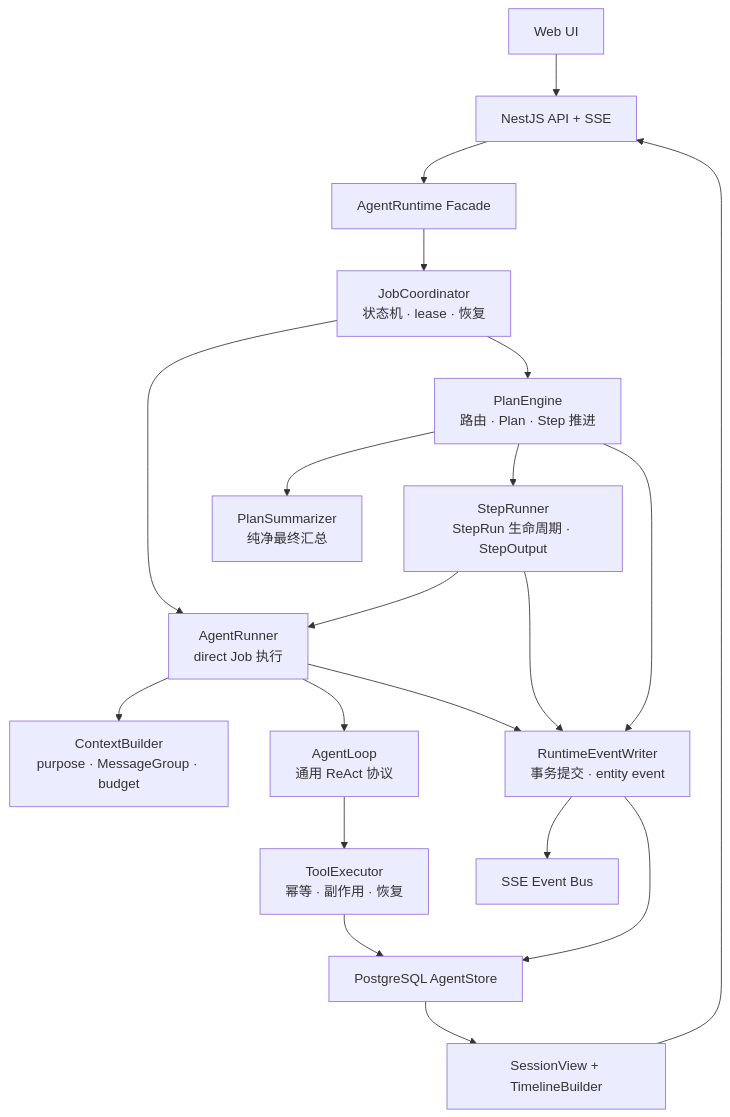
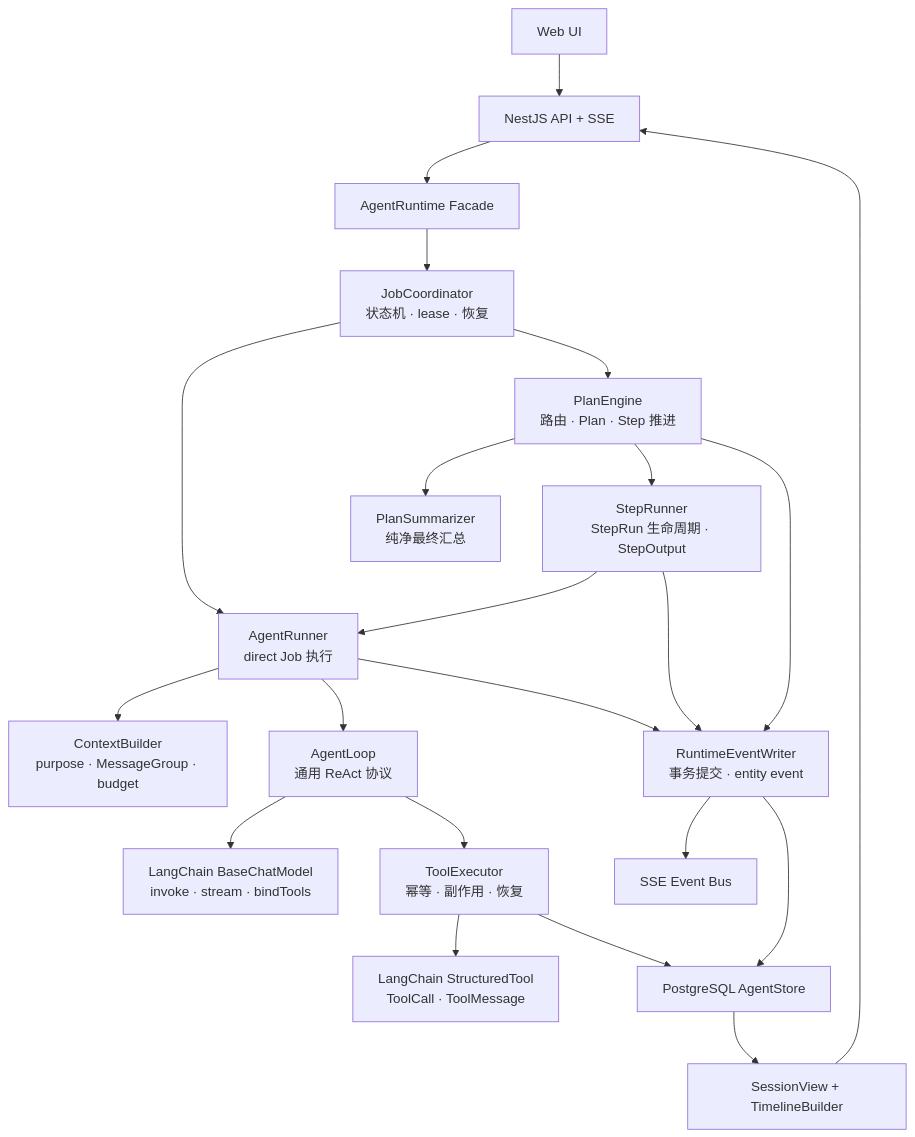
One commit to lucyonegit/agent-runtime-v2 changed the first of 13 diagrams in docs/refactor/06-完整Job-StepRun架构设计.md. Above: the diagram before and after it, drawn with Mermaid. The commit also changed other lines of this file and 33 other files, not shown here.

````diff
--- a/docs/refactor/06-完整Job-StepRun架构设计.md
+++ b/docs/refactor/06-完整Job-StepRun架构设计.md
@@ -135,22 +136,24 @@
 ```mermaid
 flowchart TB
   UI["Web UI"] --> API["NestJS API + SSE"]
   API --> Facade["AgentRuntime Facade"]
   Facade --> Coordinator["JobCoordinator<br/>状态机 · lease · 恢复"]
   Coordinator --> Engine["PlanEngine<br/>路由 · Plan · Step 推进"]
   Coordinator --> Runner["AgentRunner<br/>direct Job 执行"]
   Engine --> StepRunner["StepRunner<br/>StepRun 生命周期 · StepOutput"]
   StepRunner --> Runner
   Engine --> Summarizer["PlanSummarizer<br/>纯净最终汇总"]
   Runner --> Context["ContextBuilder<br/>purpose · MessageGroup · budget"]
   Runner --> Loop["AgentLoop<br/>通用 ReAct 协议"]
+  Loop --> LCModel["LangChain BaseChatModel<br/>invoke · stream · bindTools"]
   Loop --> ToolExecutor["ToolExecutor<br/>幂等 · 副作用 · 恢复"]
+  ToolExecutor --> LCTools["LangChain StructuredTool<br/>ToolCall · ToolMessage"]
   Runner --> Writer["RuntimeEventWriter<br/>事务提交 · entity event"]
   StepRunner --> Writer
   Engine --> Writer
   ToolExecutor --> Store["PostgreSQL AgentStore"]
   Writer --> Store
   Writer --> Bus["SSE Event Bus"]
   Store --> View["SessionView + TimelineBuilder"]
   View --> API
 ```
````
